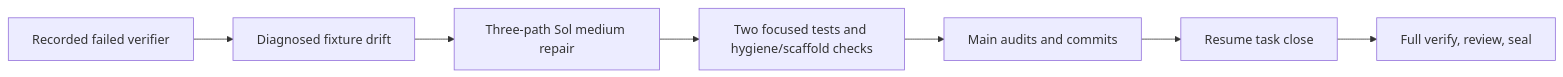
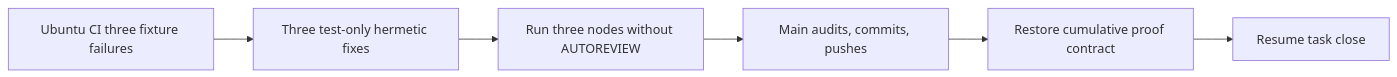
The diagram in .factory/stories/FORGE-COORD-1/task-plans/NATIVE-FOREGROUND-ACTIVATE.md (ismaeldoez7/symphony-forge), drawn with Mermaid before and after one commit. The commit also changed other lines of this file and 4 other files, not shown here.

Commit message:
test: bind Ubuntu review fixture repair

````diff
--- a/.factory/stories/FORGE-COORD-1/task-plans/NATIVE-FOREGROUND-ACTIVATE.md
+++ b/.factory/stories/FORGE-COORD-1/task-plans/NATIVE-FOREGROUND-ACTIVATE.md
@@ -35,9 +33,8 @@
 ```mermaid
 flowchart LR
-    A[Recorded failed verifier] --> B[Diagnosed fixture drift]
-    B --> C[Three-path Sol medium repair]
-    C --> D[Two focused tests and hygiene/scaffold checks]
-    D --> E[Main audits and commits]
+    A[Ubuntu CI three fixture failures] --> B[Three test-only hermetic fixes]
+    B --> C[Run three nodes without AUTOREVIEW]
+    C --> D[Main audits, commits, pushes]
+    D --> E[Restore cumulative proof contract]
     E --> F[Resume task close]
-    F --> G[Full verify, review, seal]
 ```
````
